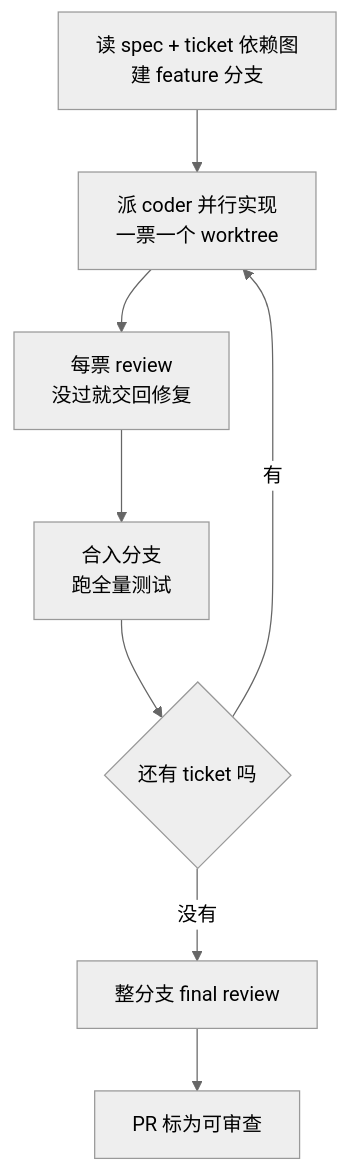
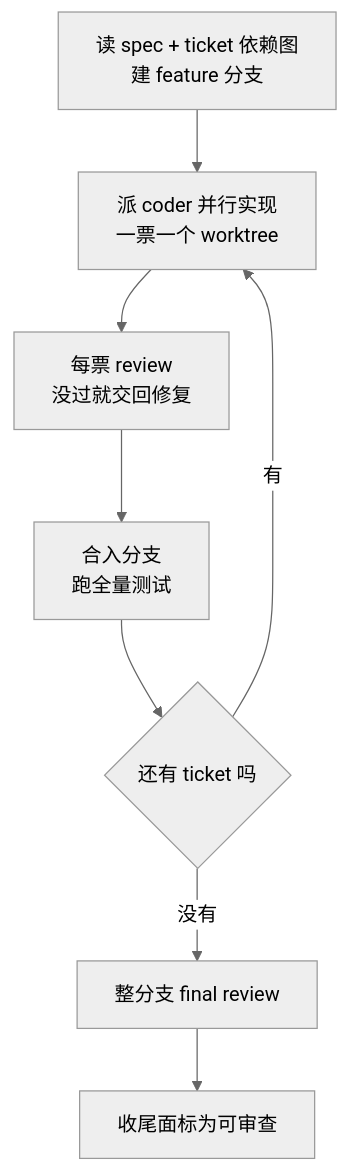
The diagram in README.zh-CN.md (toomanyopenfiles/pi-matt-implement-flow), drawn with Mermaid (neutral theme) before and after one commit. The commit also changed other lines of this file and 1 other file, not shown here.

````diff
--- a/README.zh-CN.md
+++ b/README.zh-CN.md
@@ -87,10 +104,10 @@
 ```mermaid
 flowchart TD
     A["读 spec + ticket 依赖图<br>建 feature 分支"] --> B["派 coder 并行实现<br>一票一个 worktree"]
     B --> C["每票 review<br>没过就交回修复"]
     C --> D["合入分支<br>跑全量测试"]
     D --> E{"还有 ticket 吗"}
     E -- 有 --> B
     E -- 没有 --> F["整分支 final review"]
-    F --> G["PR 标为可审查"]
+    F --> G["收尾面标为可审查"]
 ```
````
